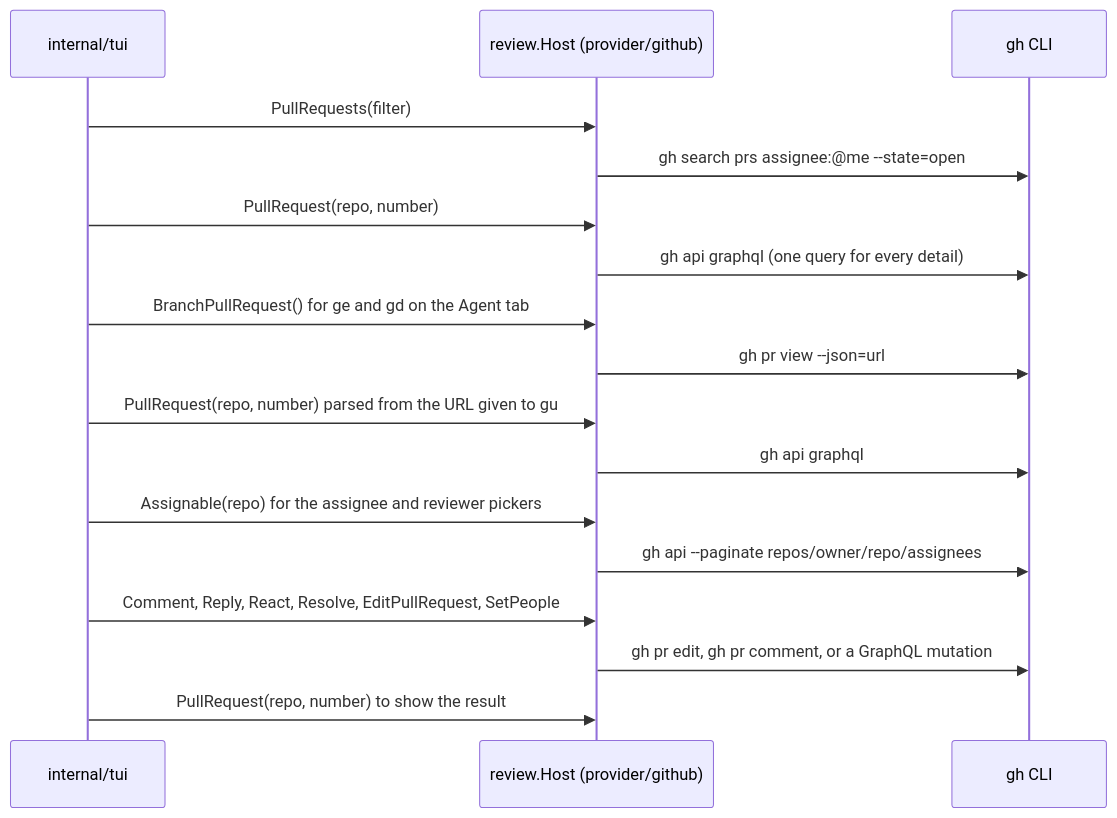
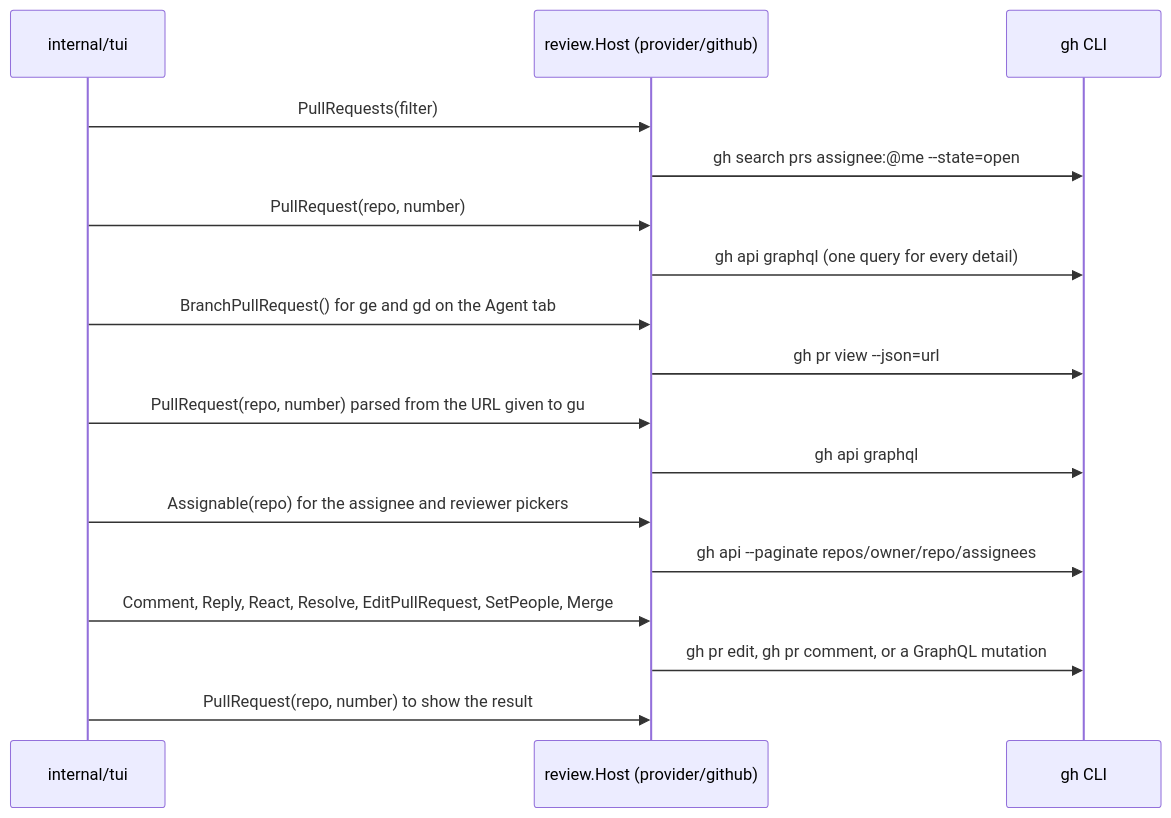
Before and after one commit to jfmainville/revunk: the diagram in docs/pull-requests.md, drawn with Mermaid. The commit also changed other lines of this file and 8 other files, not shown here.

Commit message:
feat(tui): merge pull requests after confirmation (PER-342) (#8)

````diff
--- a/docs/pull-requests.md
+++ b/docs/pull-requests.md
@@ -7,19 +7,19 @@
 ```mermaid
 sequenceDiagram
     participant TUI as internal/tui
     participant Host as review.Host (provider/github)
     participant GH as gh CLI
     TUI->>Host: PullRequests(filter)
     Host->>GH: gh search prs assignee:@me --state=open
     TUI->>Host: PullRequest(repo, number)
     Host->>GH: gh api graphql (one query for every detail)
     TUI->>Host: BranchPullRequest() for ge and gd on the Agent tab
     Host->>GH: gh pr view --json=url
     TUI->>Host: PullRequest(repo, number) parsed from the URL given to gu
     Host->>GH: gh api graphql
     TUI->>Host: Assignable(repo) for the assignee and reviewer pickers
     Host->>GH: gh api --paginate repos/owner/repo/assignees
-    TUI->>Host: Comment, Reply, React, Resolve, EditPullRequest, SetPeople
+    TUI->>Host: Comment, Reply, React, Resolve, EditPullRequest, SetPeople, Merge
     Host->>GH: gh pr edit, gh pr comment, or a GraphQL mutation
     TUI->>Host: PullRequest(repo, number) to show the result
 ```
````
